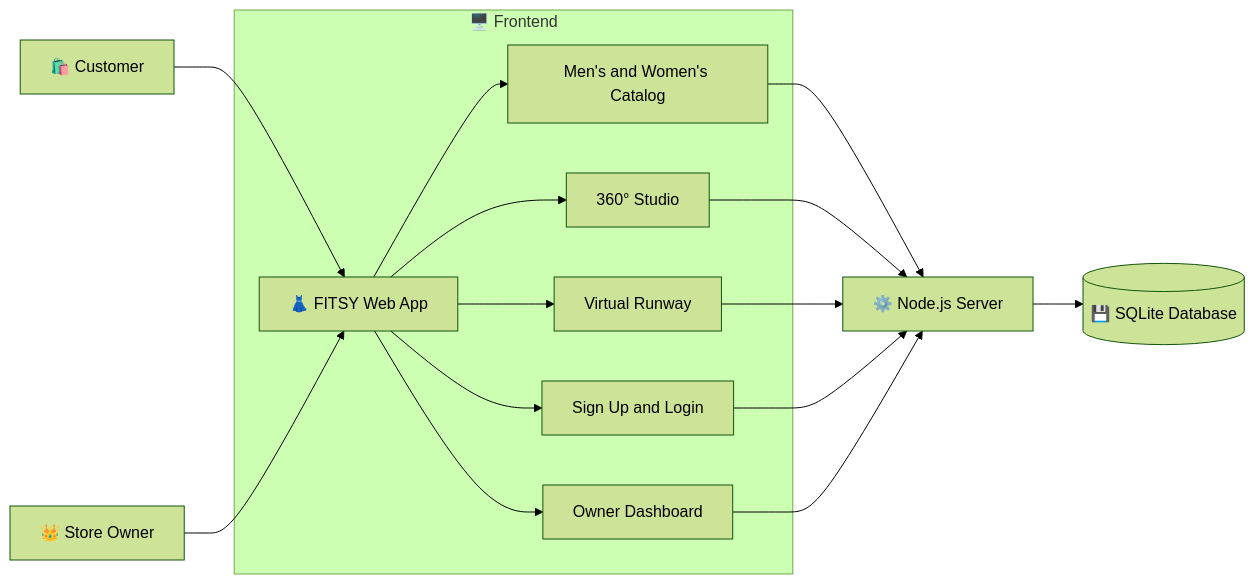
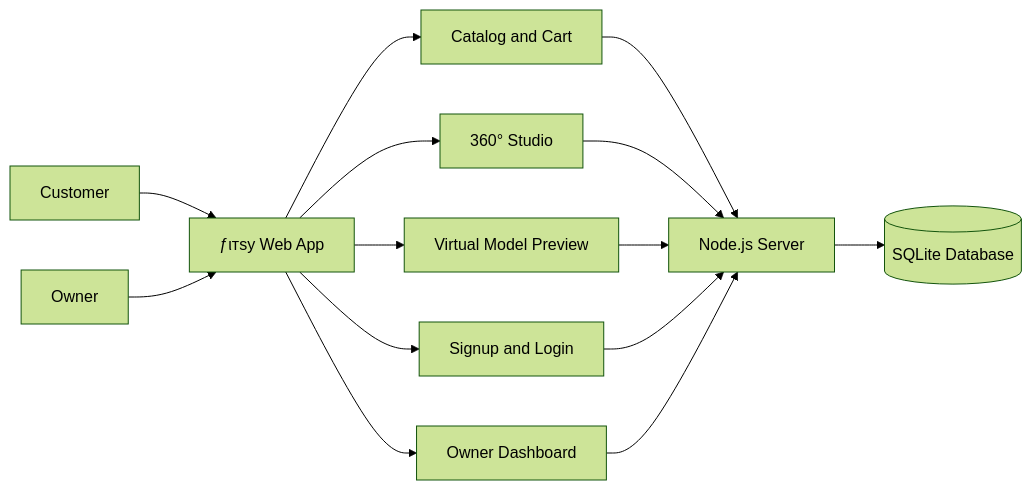
Before and after one commit to pvenkatagowthamsai-dot/FSFE_PROJECT: the fourth of 4 diagrams in README.md, drawn with Mermaid (forest theme). The commit also changed other lines of this file, not shown here.

````diff
--- a/README.md
+++ b/README.md
@@ -137,21 +155,19 @@
 ```mermaid
 flowchart LR
-    Customer["🛍️ Customer"] --> WebApp["👗 FITSY Web App"]
-    Owner["👑 Store Owner"] --> WebApp
+    Customer["Customer"] --> Frontend["ƒιтѕу Web App"]
+    Owner["Owner"] --> Frontend
 
-    subgraph Frontend["🖥️ Frontend"]
-        WebApp --> Catalog["Men's and Women's Catalog"]
-        WebApp --> Studio["360° Studio"]
-        WebApp --> Runway["Virtual Runway"]
-        WebApp --> Login["Sign Up and Login"]
-        WebApp --> Dashboard["Owner Dashboard"]
-    end
+    Frontend --> Catalog["Catalog and Cart"]
+    Frontend --> Studio["360° Studio"]
+    Frontend --> Runway["Virtual Model Preview"]
+    Frontend --> Accounts["Signup and Login"]
+    Frontend --> Dashboard["Owner Dashboard"]
 
-    Catalog --> Server["⚙️ Node.js Server"]
+    Catalog --> Server["Node.js Server"]
     Studio --> Server
     Runway --> Server
-    Login --> Server
+    Accounts --> Server
     Dashboard --> Server
 
-    Server --> Database[("💾 SQLite Database")]
+    Server --> Database[("SQLite Database")]
 ```
````
